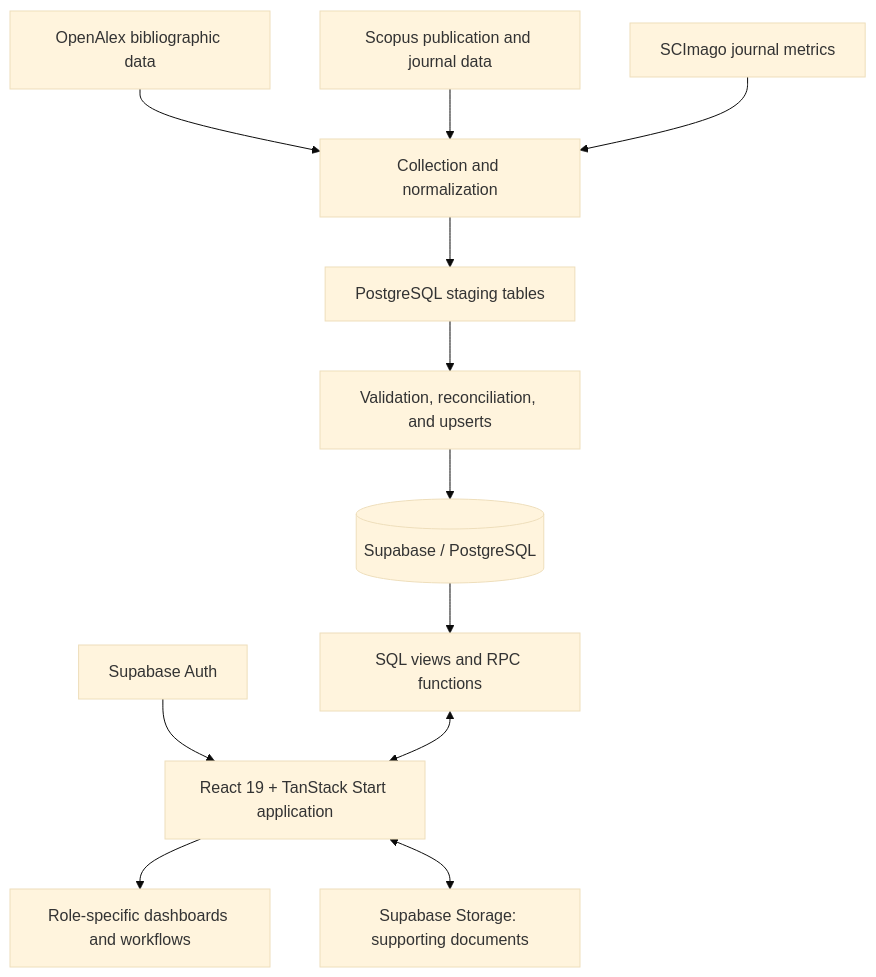
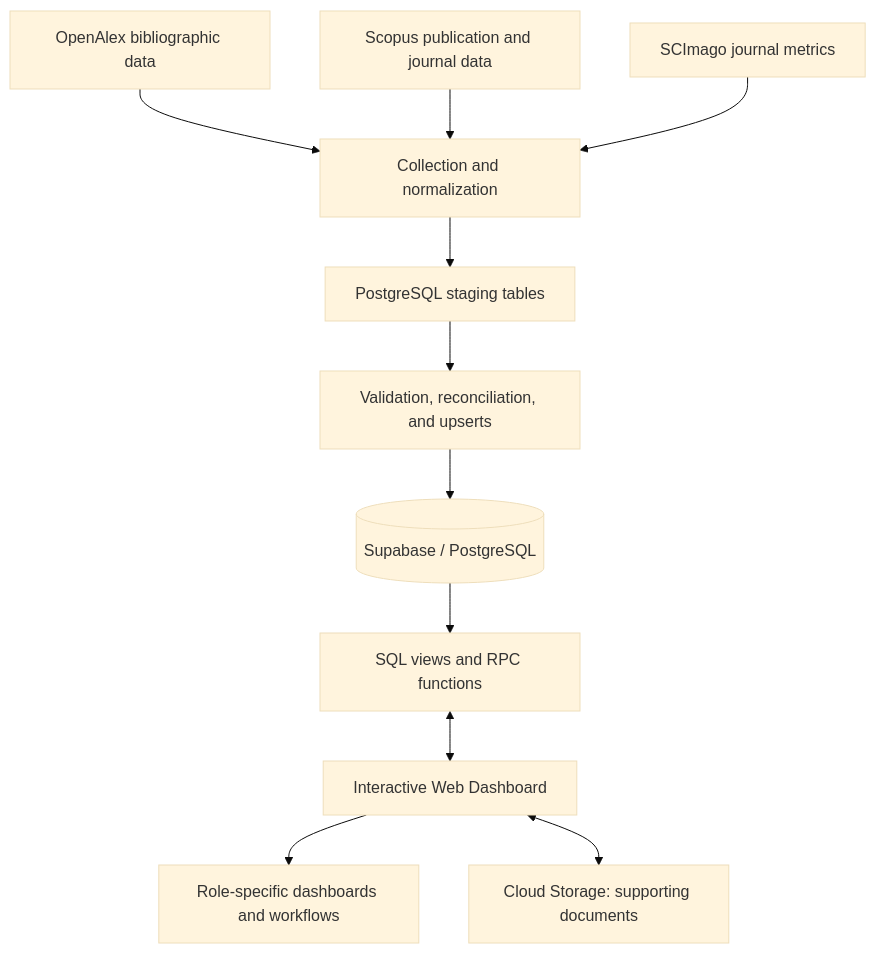
One commit to AbdulrahmanAKh/Graduation-Project-Showcase changed the diagram in README.md. Above: the diagram before and after it, drawn with Mermaid (base theme).

Commit message:
Alkhatib - Refine README structure

````diff
--- a/README.md
+++ b/README.md
@@ -59,14 +59,13 @@
 ```mermaid
 flowchart TB
     OA[OpenAlex bibliographic data] --> INGEST[Collection and normalization]
     SC[Scopus publication and journal data] --> INGEST
     SJR[SCImago journal metrics] --> INGEST
     INGEST --> STAGE[PostgreSQL staging tables]
     STAGE --> ETL[Validation, reconciliation, and upserts]
     ETL --> DB[(Supabase / PostgreSQL)]
     DB --> RPC[SQL views and RPC functions]
-    AUTH[Supabase Auth] --> APP
-    RPC <--> APP[React 19 + TanStack Start application]
+    RPC <--> APP[Interactive Web Dashboard]
     APP --> UI[Role-specific dashboards and workflows]
-    APP <--> FILES[Supabase Storage: supporting documents]
+    APP <--> FILES[Cloud Storage: supporting documents]
 ```
````
